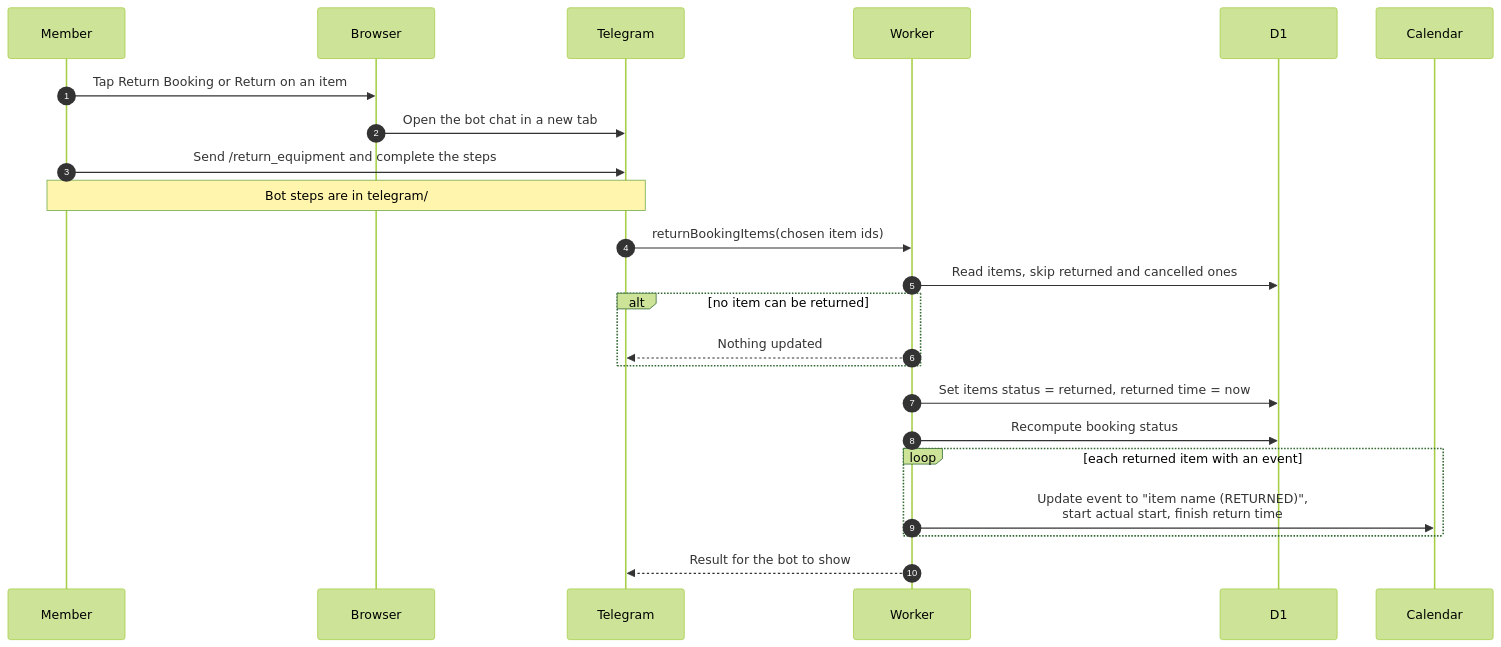
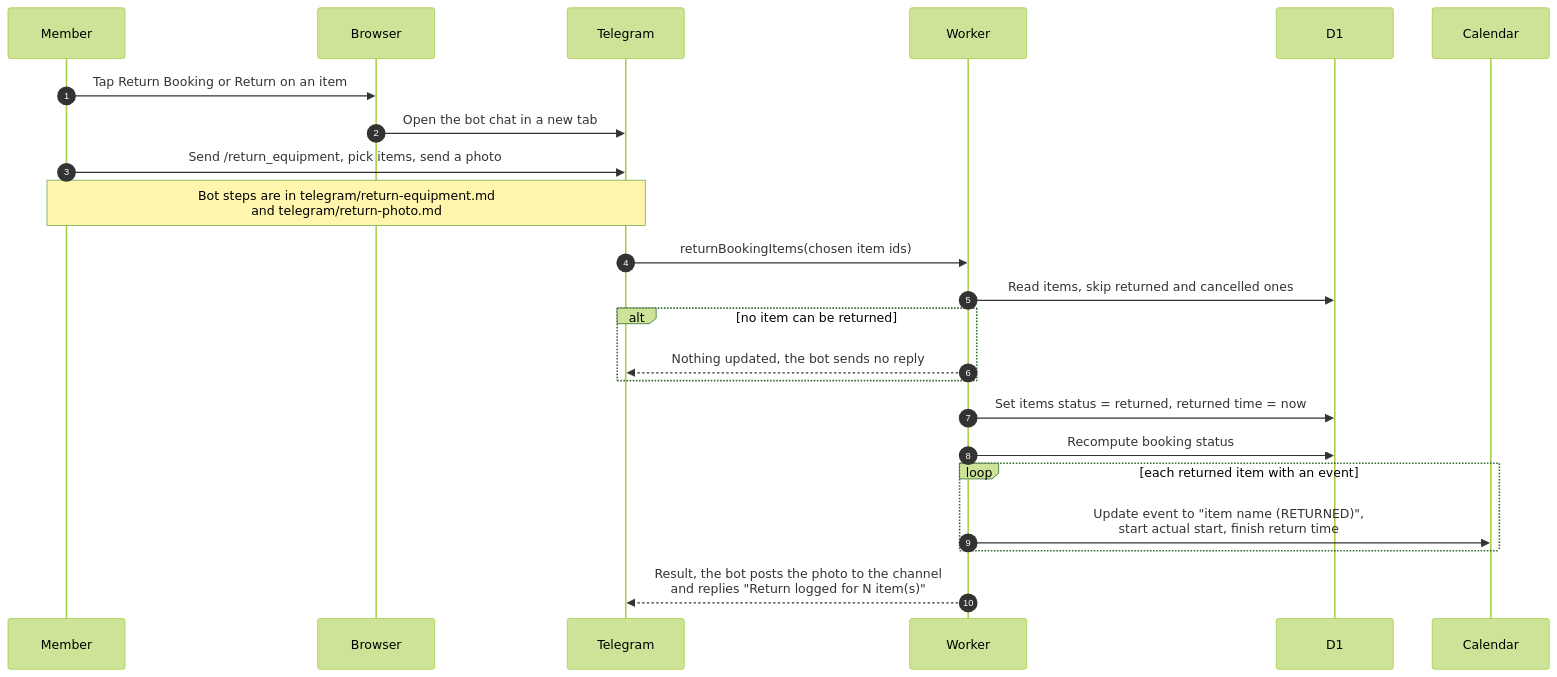
One commit to sagyzdop/meriksirat changed the diagram in docs/scenarios/bookings/return-booking.md. Above: the diagram before and after it, drawn with Mermaid (forest theme). The commit also changed other lines of this file and 17 other files, not shown here.

Commit message:
docs(scenarios): verify bookings diagrams against the code

````diff
--- a/docs/scenarios/bookings/return-booking.md
+++ b/docs/scenarios/bookings/return-booking.md
@@ -28,25 +32,25 @@
 ```mermaid
 sequenceDiagram
     autonumber
     participant M as Member
     participant B as Browser
     participant T as Telegram
     participant W as Worker
     participant D as D1
     participant C as Calendar
     M->>B: Tap Return Booking or Return on an item
     B->>T: Open the bot chat in a new tab
-    M->>T: Send /return_equipment and complete the steps
-    Note over M,T: Bot steps are in telegram/
+    M->>T: Send /return_equipment, pick items, send a photo
+    Note over M,T: Bot steps are in telegram/return-equipment.md<br/>and telegram/return-photo.md
     T->>W: returnBookingItems(chosen item ids)
     W->>D: Read items, skip returned and cancelled ones
     alt no item can be returned
-        W-->>T: Nothing updated
+        W-->>T: Nothing updated, the bot sends no reply
     end
     W->>D: Set items status = returned, returned time = now
     W->>D: Recompute booking status
     loop each returned item with an event
         W->>C: Update event to "item name (RETURNED)",<br/>start actual start, finish return time
     end
-    W-->>T: Result for the bot to show
+    W-->>T: Result, the bot posts the photo to the channel<br/>and replies "Return logged for N item(s)"
 ```
````
